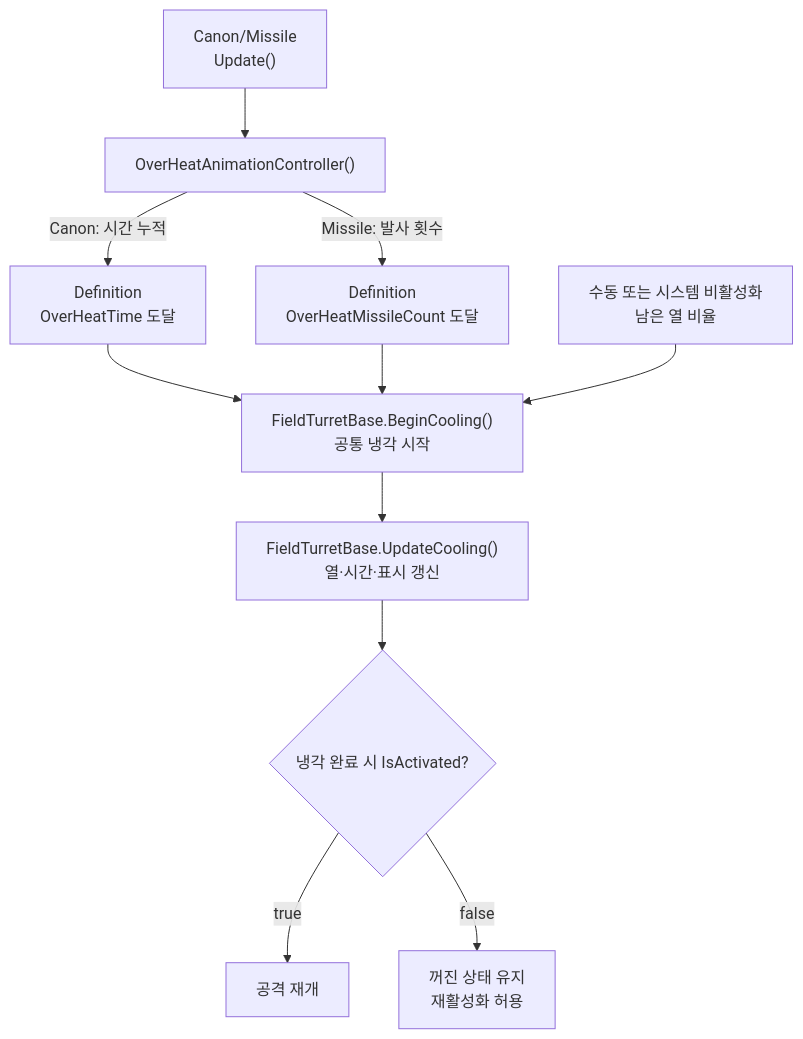
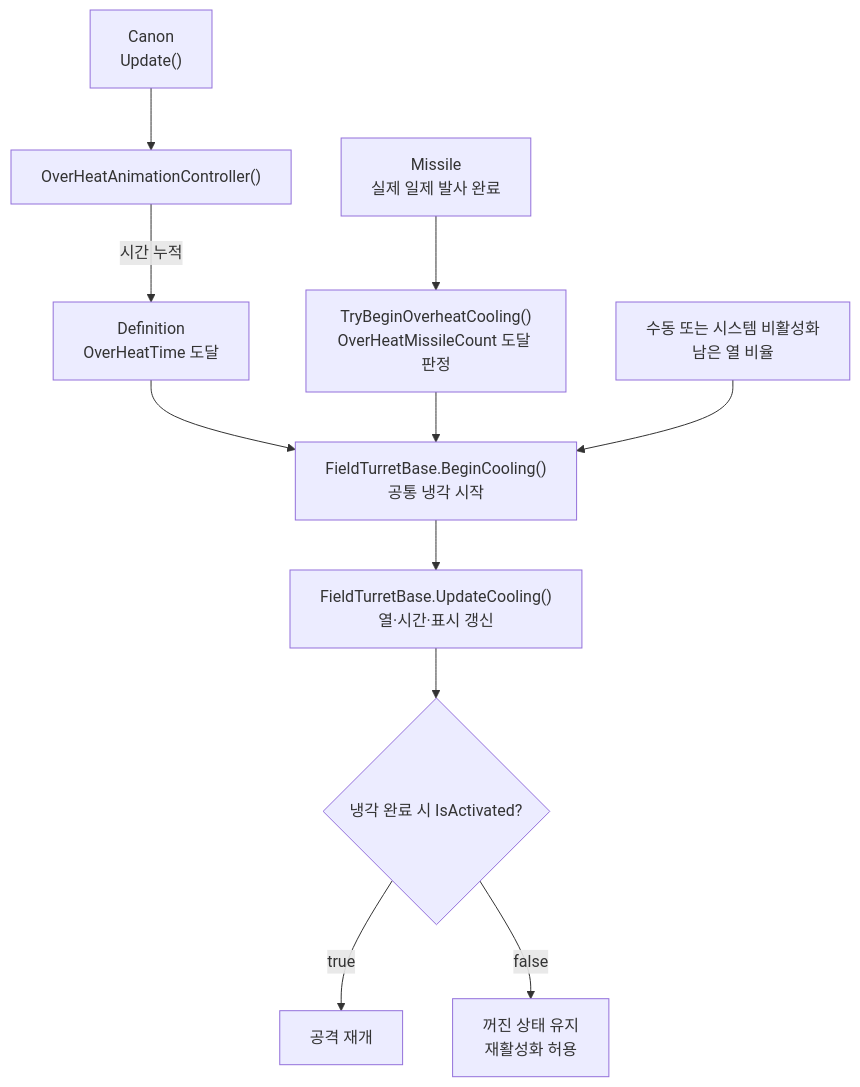
Diagram 11 of 17 in Docs/architecture/turret-system-guide.md (Team-HJD-21/unity-6-the-developer), drawn with Mermaid before and after one commit. The commit also changed other lines of this file and 9 other files, not shown here.

Commit message:
fix(turret): correct missile cooling and cannon firing

````diff
--- a/Docs/architecture/turret-system-guide.md
+++ b/Docs/architecture/turret-system-guide.md
@@ -491,13 +493,13 @@
 ```mermaid
 flowchart TD
-    Combat["Canon/Missile<br>Update()"] --> Check["OverHeatAnimationController()"]
-    Check -->|Canon: 시간 누적| CanonHeat["Definition<br>OverHeatTime 도달"]
-    Check -->|Missile: 발사 횟수| MissileHeat["Definition<br>OverHeatMissileCount 도달"]
+    Combat["Canon<br>Update()"] --> Check["OverHeatAnimationController()"]
+    Check -->|시간 누적| CanonHeat["Definition<br>OverHeatTime 도달"]
+    Salvo["Missile<br>실제 일제 발사 완료"] --> MissileHeat["TryBeginOverheatCooling()<br>OverHeatMissileCount 도달 판정"]
     CanonHeat --> Begin["FieldTurretBase.BeginCooling()<br>공통 냉각 시작"]
     MissileHeat --> Begin
     Off["수동 또는 시스템 비활성화<br>남은 열 비율"] --> Begin
     Begin --> Cool["FieldTurretBase.UpdateCooling()<br>열·시간·표시 갱신"]
     Cool --> Complete{"냉각 완료 시 IsActivated?"}
     Complete -->|true| Resume["공격 재개"]
     Complete -->|false| Ready["꺼진 상태 유지<br>재활성화 허용"]
 ```
````
